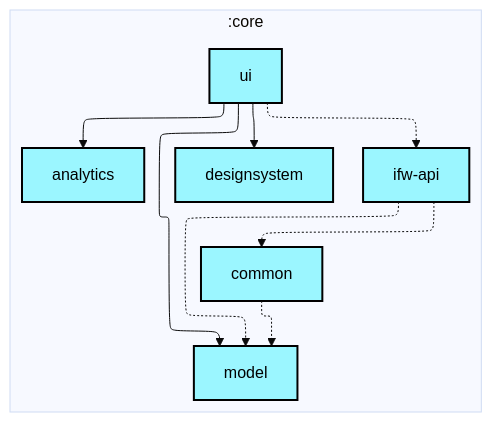
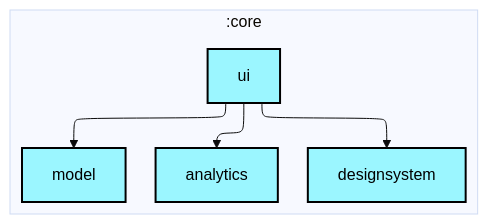
The first of 2 diagrams in core/ui/README.md (lihenggui/blocker), drawn with Mermaid (base theme) before and after one commit. The commit also changed 94 other files, not shown here.

First line of the commit message:
Remove IFW visual editor UI while preserving core IFW support

````diff
--- a/core/ui/README.md
+++ b/core/ui/README.md
@@ -6,33 +6,27 @@
 ```mermaid
 ---
 config:
   layout: elk
   elk:
     nodePlacementStrategy: SIMPLE
 ---
 graph TB
   subgraph :core
     direction TB
     :core:analytics[analytics]:::android-library
-    :core:common[common]:::android-library
     :core:designsystem[designsystem]:::android-library
-    :core:ifw-api[ifw-api]:::android-library
     :core:model[model]:::android-library
     :core:ui[ui]:::android-library
   end
 
-  :core:common -.-> :core:model
-  :core:ifw-api -.-> :core:common
-  :core:ifw-api -.-> :core:model
   :core:ui --> :core:analytics
   :core:ui --> :core:designsystem
-  :core:ui -.-> :core:ifw-api
   :core:ui --> :core:model
 
 classDef android-application fill:#CAFFBF,stroke:#000,stroke-width:2px,color:#000;
 classDef android-feature fill:#FFD6A5,stroke:#000,stroke-width:2px,color:#000;
 classDef android-library fill:#9BF6FF,stroke:#000,stroke-width:2px,color:#000;
 classDef android-test fill:#A0C4FF,stroke:#000,stroke-width:2px,color:#000;
 classDef jvm-library fill:#BDB2FF,stroke:#000,stroke-width:2px,color:#000;
 classDef unknown fill:#FFADAD,stroke:#000,stroke-width:2px,color:#000;
 ```
````
